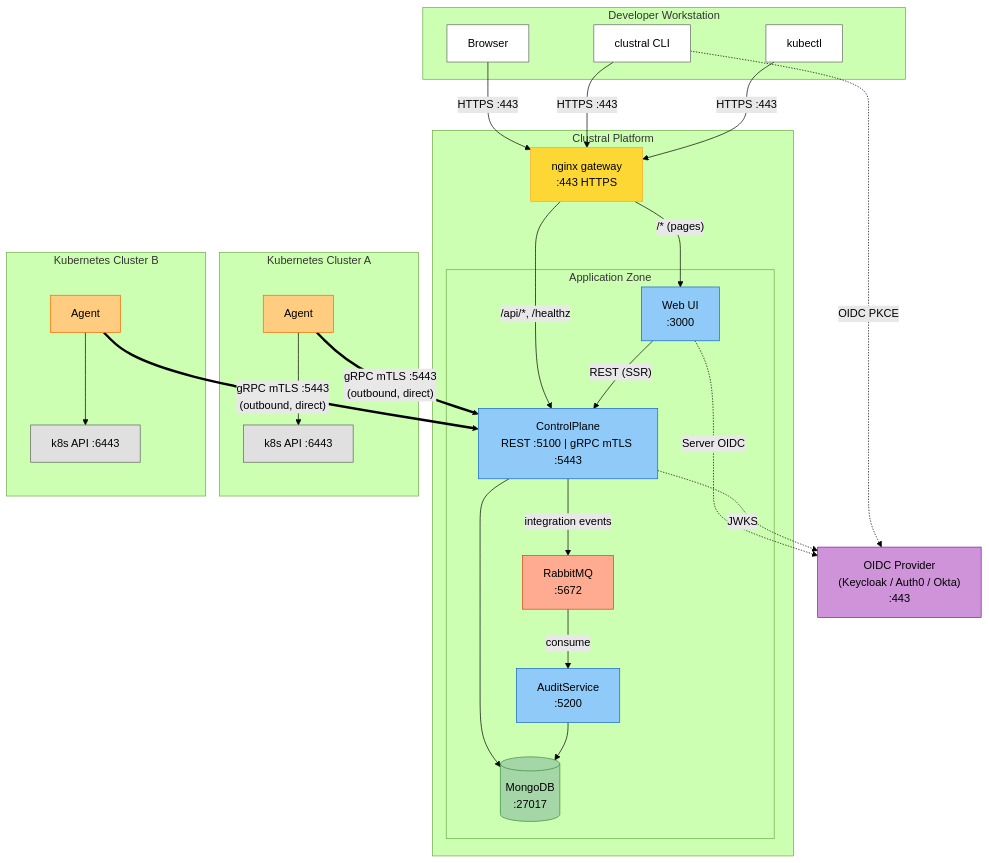
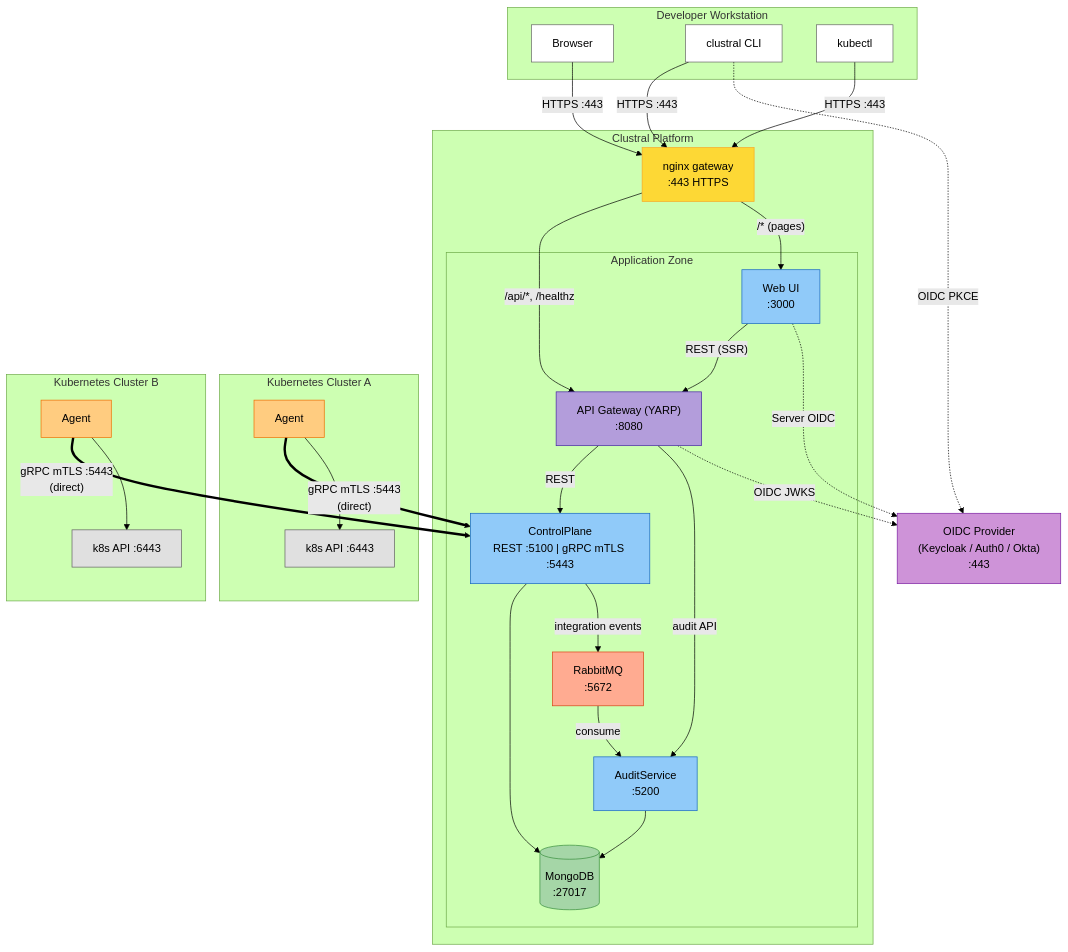
The seventh of 19 diagrams in README.md (Clustral/clustral), drawn with Mermaid (forest theme) before and after one commit. The commit also changed other lines of this file and 67 other files, not shown here.

First line of the commit message:
feat: add YARP API Gateway with centralized OIDC + internal JWT auth (#10)

````diff
--- a/README.md
+++ b/README.md
@@ -253,67 +266,71 @@
 ```mermaid
 flowchart TB
     subgraph clients ["Developer Workstation"]
         BROWSER["Browser"]
         CLI["clustral CLI"]
         KUBECTL["kubectl"]
     end
 
     OIDC["OIDC Provider\n(Keycloak / Auth0 / Okta)\n:443"]
 
     subgraph platform ["Clustral Platform"]
         NGX["nginx gateway\n:443 HTTPS"]
 
         subgraph app ["Application Zone"]
+            GW["API Gateway (YARP)\n:8080"]
             WEB["Web UI\n:3000"]
             CP["ControlPlane\nREST :5100 | gRPC mTLS :5443"]
             RMQ["RabbitMQ\n:5672"]
             AUDIT["AuditService\n:5200"]
             DB[("MongoDB\n:27017")]
         end
     end
 
     subgraph cluster_a ["Kubernetes Cluster A"]
         AGENT_A["Agent"]
         K8S_A["k8s API :6443"]
     end
 
     subgraph cluster_b ["Kubernetes Cluster B"]
         AGENT_B["Agent"]
         K8S_B["k8s API :6443"]
     end
 
     BROWSER -- "HTTPS :443" --> NGX
     CLI -- "HTTPS :443" --> NGX
     KUBECTL -- "HTTPS :443" --> NGX
-    NGX -- "/api/*, /healthz" --> CP
+    NGX -- "/api/*, /healthz" --> GW
     NGX -- "/* (pages)" --> WEB
-    WEB -- "REST (SSR)" --> CP
+    GW -- "REST" --> CP
+    GW -- "audit API" --> AUDIT
+    WEB -- "REST (SSR)" --> GW
     CP --> DB
     CP -- "integration events" --> RMQ
     RMQ -- "consume" --> AUDIT
     AUDIT --> DB
 
     CLI -. "OIDC PKCE" .-> OIDC
     WEB -. "Server OIDC" .-> OIDC
-    CP -. "JWKS" .-> OIDC
+    GW -. "OIDC JWKS" .-> OIDC
 
-    AGENT_A == "gRPC mTLS :5443\n(outbound, direct)" ==> CP
-    AGENT_B == "gRPC mTLS :5443\n(outbound, direct)" ==> CP
+    AGENT_A == "gRPC mTLS :5443\n(direct)" ==> CP
+    AGENT_B == "gRPC mTLS :5443\n(direct)" ==> CP
     AGENT_A --> K8S_A
     AGENT_B --> K8S_B
 
     style NGX fill:#fdd835,stroke:#f9a825,color:#000
     style OIDC fill:#ce93d8,stroke:#7b1fa2,color:#000
     style DB fill:#a5d6a7,stroke:#388e3c,color:#000
     style CP fill:#90caf9,stroke:#1565c0,color:#000
     style WEB fill:#90caf9,stroke:#1565c0,color:#000
     style AGENT_A fill:#ffcc80,stroke:#ef6c00,color:#000
     style AGENT_B fill:#ffcc80,stroke:#ef6c00,color:#000
     style K8S_A fill:#e0e0e0,stroke:#616161,color:#000
     style K8S_B fill:#e0e0e0,stroke:#616161,color:#000
     style BROWSER fill:#fff,stroke:#666,color:#000
     style CLI fill:#fff,stroke:#666,color:#000
     style KUBECTL fill:#fff,stroke:#666,color:#000
+    style GW fill:#b39ddb,stroke:#4527a0,color:#000
     style RMQ fill:#ffab91,stroke:#d84315,color:#000
     style AUDIT fill:#90caf9,stroke:#1565c0,color:#000
 ```
````
